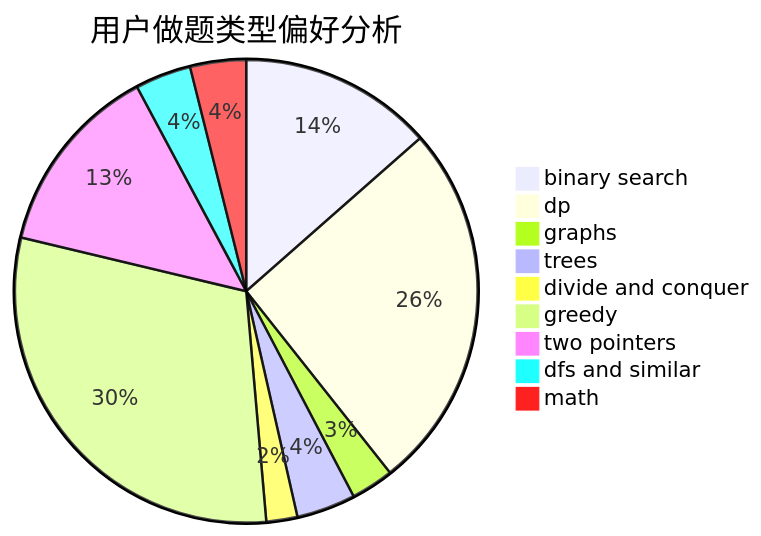
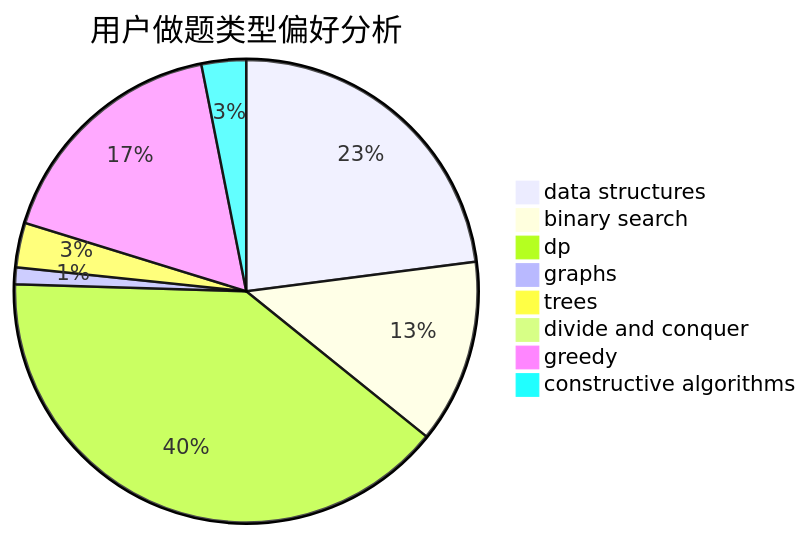
One commit to sherpahu/cfrs.github.io changed the second of 3 diagrams in docs/user/u1049.md. Above: the diagram before and after it, drawn with Mermaid. The commit also changed other lines of this file and 2775 other files, not shown here.

````diff
--- a/docs/user/u1049.md
+++ b/docs/user/u1049.md
@@ -23,12 +23,11 @@
 ```mermaid
 pie title 用户做题类型偏好分析
-    "binary search" :  249
-    "dp" :  476
-    "graphs" :  55
-    "trees" :  76
-    "divide and conquer" :  40
-    "greedy" :  555
-    "two pointers" :  248
-    "dfs and similar" :  72
-    "math" :  72
+    "data structures" :  59
+    "binary search" :  33
+    "dp" :  102
+    "graphs" :  3
+    "trees" :  8
+    "divide and conquer" :  0
+    "greedy" :  44
+    "constructive algorithms" :  8
 ```
````
